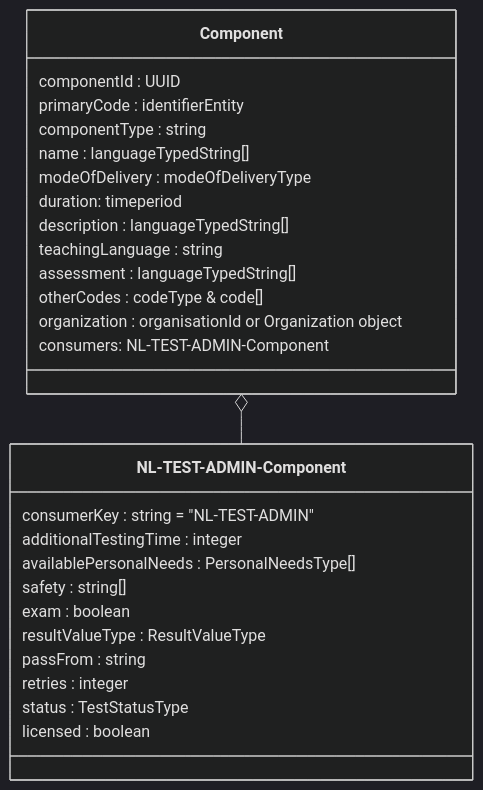
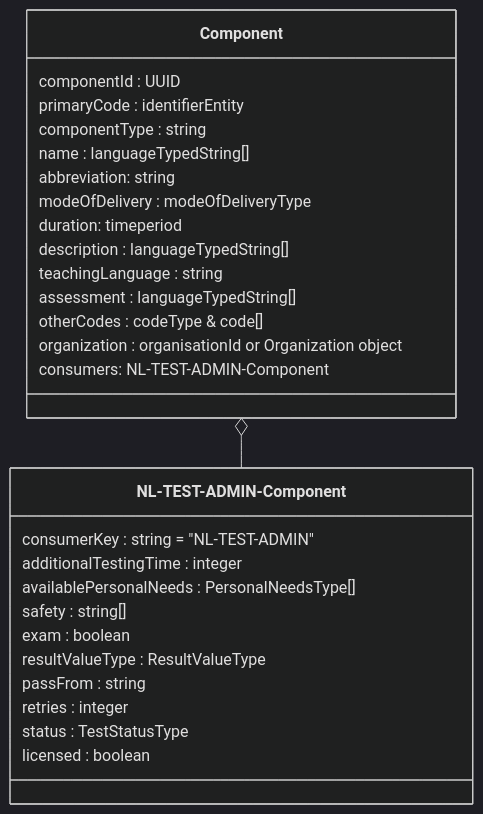
One commit to NetwerkExamineringDigitalisering/NED-OOAPI changed the second of 3 diagrams in doc/flow0.md. Above: the diagram before and after it, drawn with Mermaid (dark theme).

Commit message:
partial fix  #105

````diff
--- a/doc/flow0.md
+++ b/doc/flow0.md
@@ -21,30 +21,31 @@
 ```mermaid
 classDiagram
     class Component {
     	componentId : UUID
-	primaryCode : identifierEntity
-	componentType : string
-	name : languageTypedString[]
-	modeOfDelivery : modeOfDeliveryType
-        duration: timeperiod
-	description : languageTypedString[]
-	teachingLanguage : string
-	assessment : languageTypedString[]
-	otherCodes : codeType & code[]
-	organization : organisationId or Organization object
-        consumers: NL-TEST-ADMIN-Component
+      primaryCode : identifierEntity
+      componentType : string
+      name : languageTypedString[]
+      abbreviation: string
+      modeOfDelivery : modeOfDeliveryType
+      duration: timeperiod
+      description : languageTypedString[]
+      teachingLanguage : string
+      assessment : languageTypedString[]
+      otherCodes : codeType & code[]
+      organization : organisationId or Organization object
+      consumers: NL-TEST-ADMIN-Component
     }
     class `NL-TEST-ADMIN-Component` {
     	consumerKey : string = "NL-TEST-ADMIN"
-	additionalTestingTime : integer
-	availablePersonalNeeds : PersonalNeedsType[]
-	safety : string[]
-	exam : boolean
-	resultValueType : ResultValueType
-	passFrom : string
-	retries : integer
-	status : TestStatusType
-	licensed : boolean
+      additionalTestingTime : integer
+      availablePersonalNeeds : PersonalNeedsType[]
+      safety : string[]
+      exam : boolean
+      resultValueType : ResultValueType
+      passFrom : string
+      retries : integer
+      status : TestStatusType
+      licensed : boolean
     }
     Component o-- `NL-TEST-ADMIN-Component`
 ```
````
